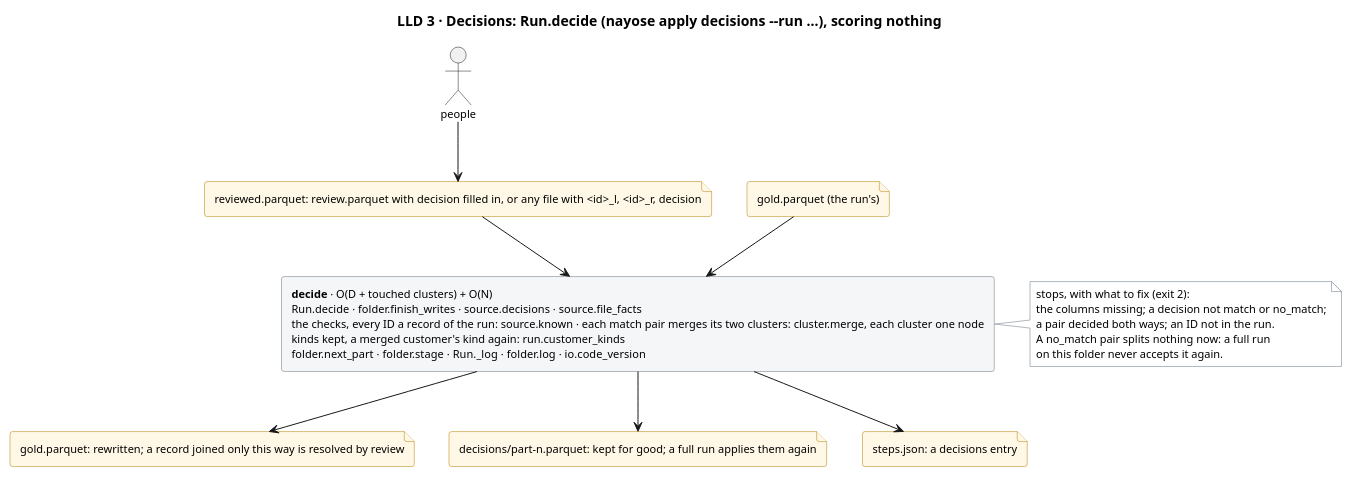
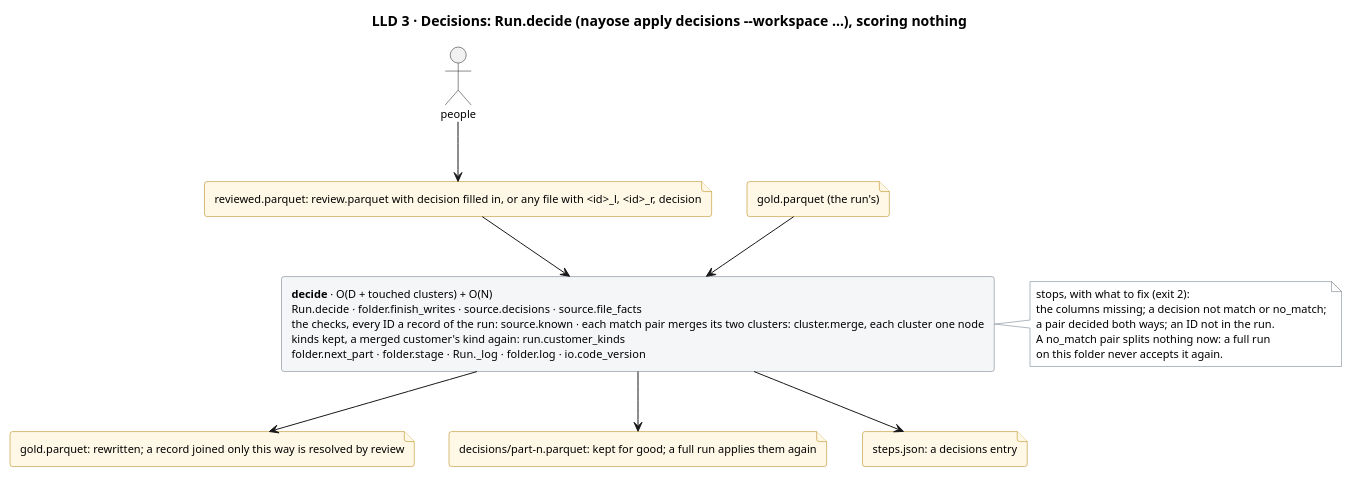
Before and after one commit to mvsbm/entity_matching: the diagram in docs/diagrams/decisions.puml, drawn with PlantUML. The commit also changed 33 other files, not shown here.

```diff
--- a/docs/diagrams/decisions.puml
+++ b/docs/diagrams/decisions.puml
@@ -1,41 +1,41 @@
 @startuml decisions
-title LLD 3 · Decisions: Run.decide (nayose apply decisions ~--run …), scoring nothing
+title LLD 3 · Decisions: Run.decide (nayose apply decisions ~--workspace …), scoring nothing
 skinparam defaultFontSize 11
 skinparam rectangle {
   BackgroundColor #F4F6F8
   BorderColor #65717E
 }
 skinparam file {
   BackgroundColor #FFF8E6
   BorderColor #B07D00
 }
 skinparam note {
   BackgroundColor #FFFFFF
   BorderColor #65717E
 }
 
 actor "people" as people
 file "reviewed.parquet: review.parquet with decision filled in, or any file with <id>_l, <id>_r, decision" as f_decided
 file "gold.parquet (the run's)" as f_gold_in
 
 rectangle "<b>decide</b> · O(D + touched clusters) + O(N)\nRun.decide · folder.finish_writes · source.decisions · source.file_facts\nthe checks, every ID a record of the run: source.known · each match pair merges its two clusters: cluster.merge, each cluster one node\nkinds kept, a merged customer's kind again: run.customer_kinds\nfolder.next_part · folder.stage · Run._log · folder.log · io.code_version" as decide
 
 note right of decide
   stops, with what to fix (exit 2):
   the columns missing; a decision not match or no_match;
   a pair decided both ways; an ID not in the run.
   A no_match pair splits nothing now: a full run
   on this folder never accepts it again.
 end note
 
 file "gold.parquet: rewritten; a record joined only this way is resolved by review" as f_gold_out
 file "decisions/part-n.parquet: kept for good; a full run applies them again" as f_kept
 file "steps.json: a decisions entry" as f_steps
 
 people --> f_decided
 f_decided --> decide
 f_gold_in --> decide
 decide --> f_gold_out
 decide --> f_kept
 decide --> f_steps
 @enduml
```
